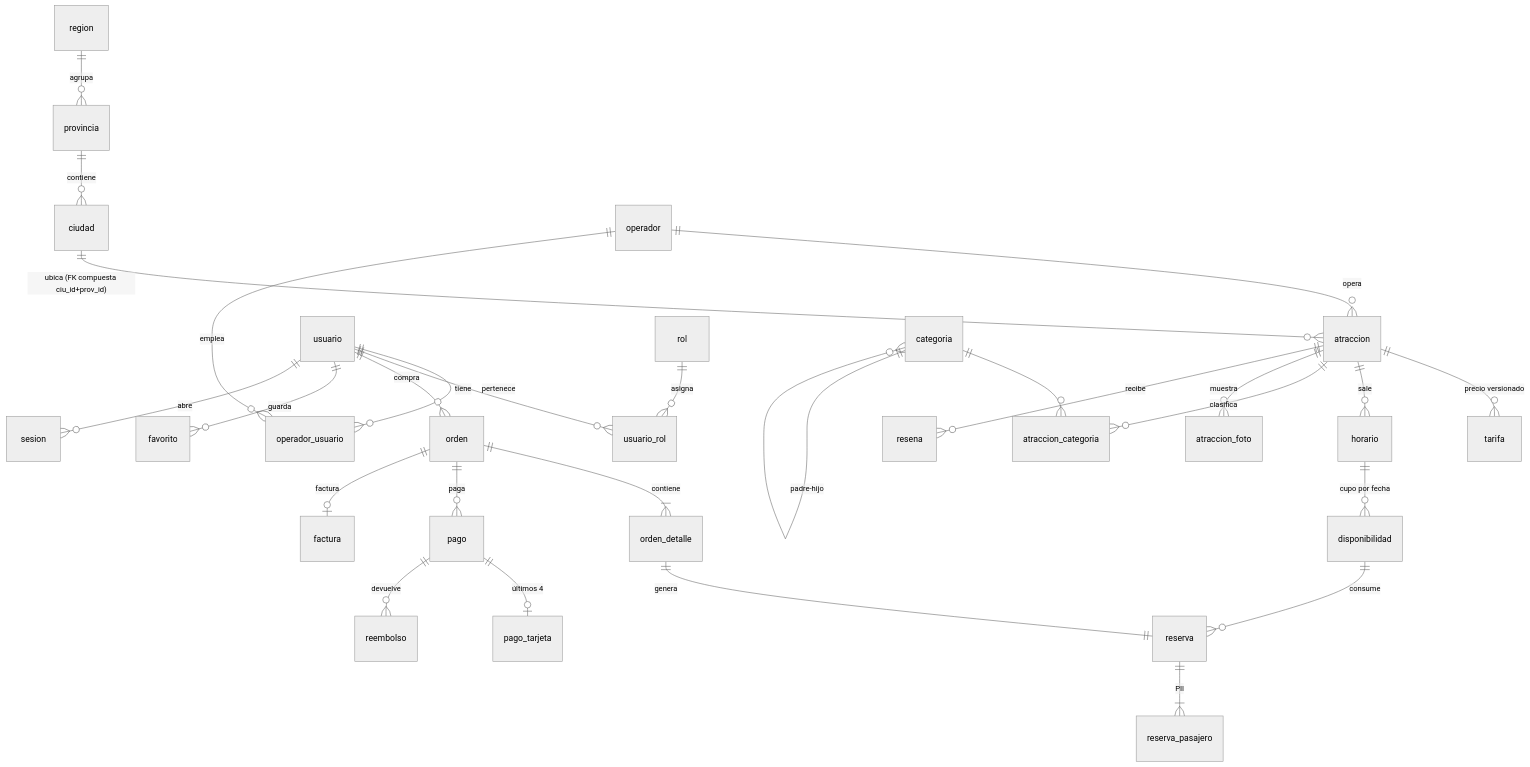
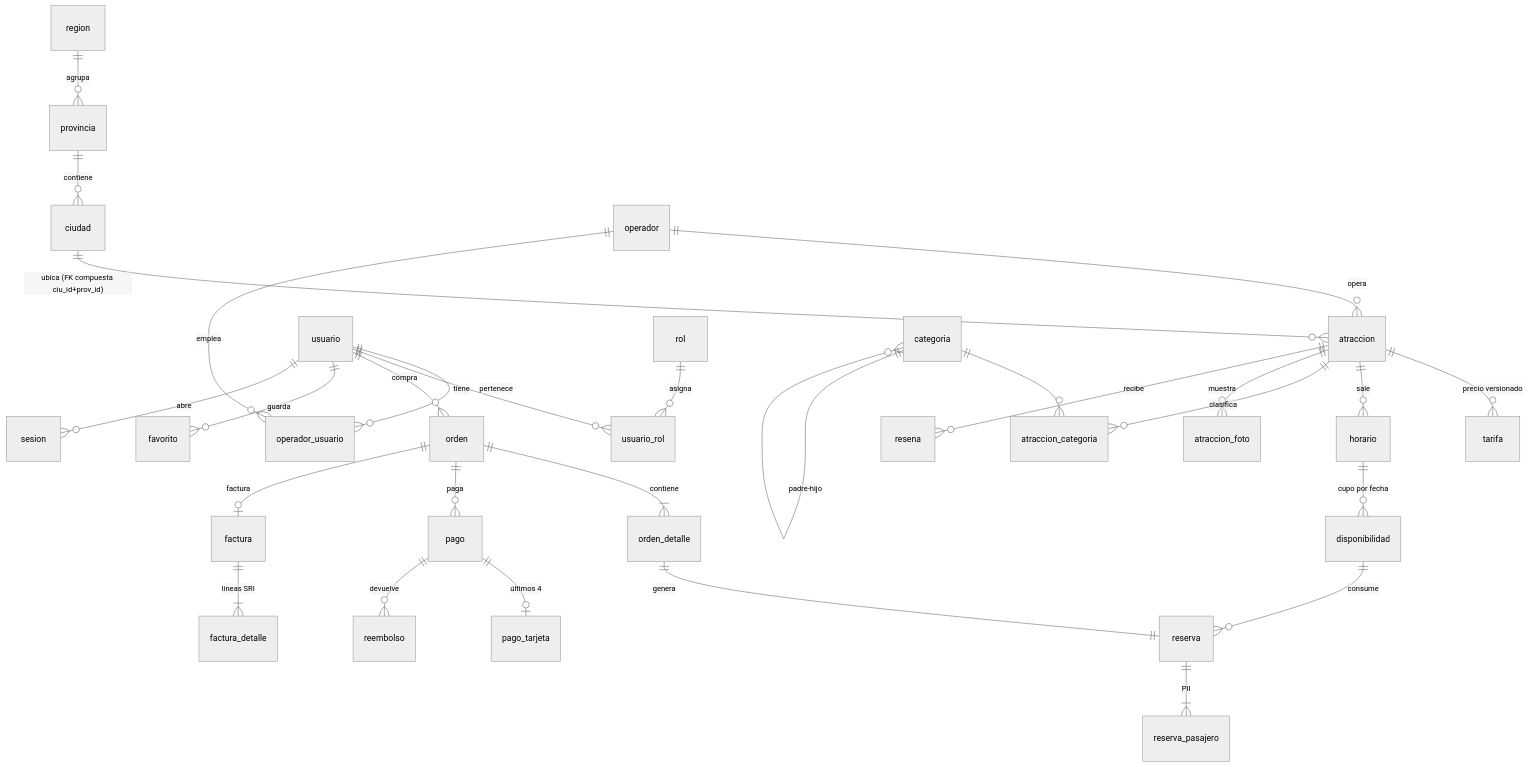
Before and after one commit to Dilanm2002/SistemaAtracciones: the second of 3 diagrams in docs/ARQUITECTURA.md, drawn with Mermaid (neutral theme). The commit also changed other lines of this file and 29 other files, not shown here.

First line of the commit message:
feat(factura): detalle propio de la factura (factura_detalle) — v2.6.0

````diff
--- a/docs/ARQUITECTURA.md
+++ b/docs/ARQUITECTURA.md
@@ -65,30 +65,31 @@
 ```mermaid
 erDiagram
   region ||--o{ provincia : agrupa
   provincia ||--o{ ciudad : contiene
   ciudad ||--o{ atraccion : "ubica (FK compuesta ciu_id+prov_id)"
   operador ||--o{ atraccion : opera
   operador ||--o{ operador_usuario : emplea
   usuario ||--o{ operador_usuario : pertenece
   usuario ||--o{ usuario_rol : tiene
   rol ||--o{ usuario_rol : asigna
   atraccion ||--o{ tarifa : "precio versionado"
   atraccion ||--o{ horario : sale
   horario ||--o{ disponibilidad : "cupo por fecha"
   atraccion ||--o{ atraccion_categoria : clasifica
   categoria ||--o{ atraccion_categoria : ""
   categoria ||--o{ categoria : "padre-hijo"
   atraccion ||--o{ atraccion_foto : muestra
   atraccion ||--o{ resena : recibe
   usuario ||--o{ orden : compra
   orden ||--|{ orden_detalle : contiene
   orden_detalle ||--|| reserva : genera
   disponibilidad ||--o{ reserva : consume
   reserva ||--|{ reserva_pasajero : "PII"
   orden ||--o{ pago : paga
   pago ||--o| pago_tarjeta : "últimos 4"
   pago ||--o{ reembolso : devuelve
   orden ||--o| factura : factura
+  factura ||--|{ factura_detalle : "líneas SRI"
   usuario ||--o{ favorito : guarda
   usuario ||--o{ sesion : abre
 ```
````
